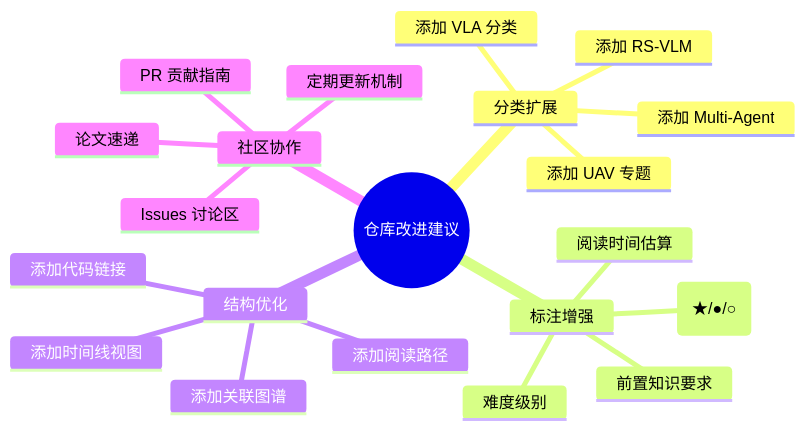
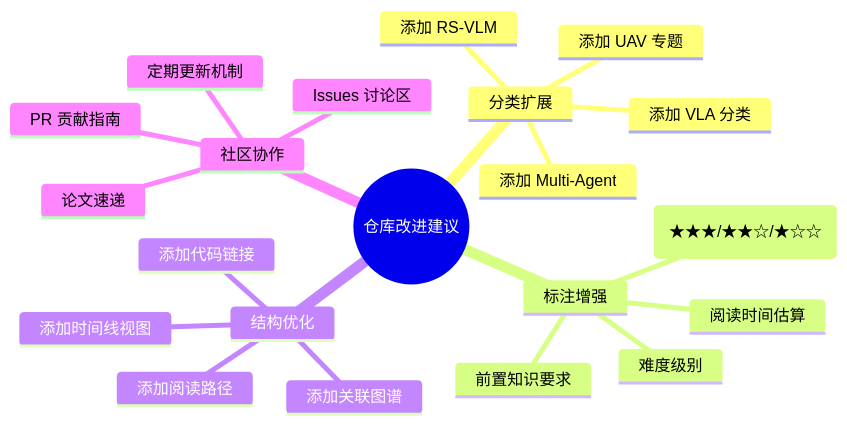
One commit to Qxy661/UAV-WM-VLA-Learning changed the tenth of 12 diagrams in references/awesome-annotations.md. Above: the diagram before and after it, drawn with Mermaid. The commit also changed other lines of this file and 53 other files, not shown here.

````diff
--- a/references/awesome-annotations.md
+++ b/references/awesome-annotations.md
@@ -353,24 +353,24 @@
 ```mermaid
 mindmap
   root((仓库改进建议))
     分类扩展
       添加 VLA 分类
       添加 UAV 专题
       添加 Multi-Agent
       添加 RS-VLM
     标注增强
-      推荐等级 (★/●/○)
+      推荐等级 (★★★/★★☆/★☆☆)
       难度级别
       阅读时间估算
       前置知识要求
     结构优化
       添加阅读路径
       添加时间线视图
       添加关联图谱
       添加代码链接
     社区协作
       Issues 讨论区
       PR 贡献指南
       定期更新机制
       论文速递
 ```
````
